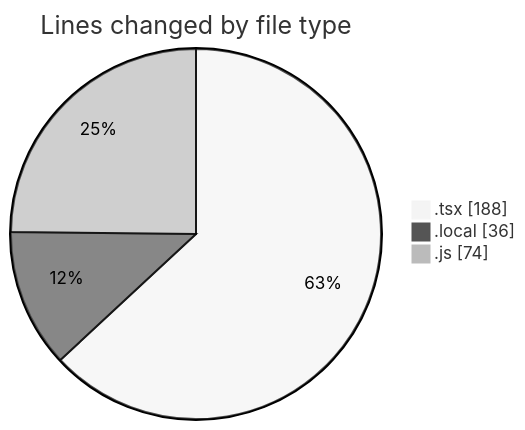
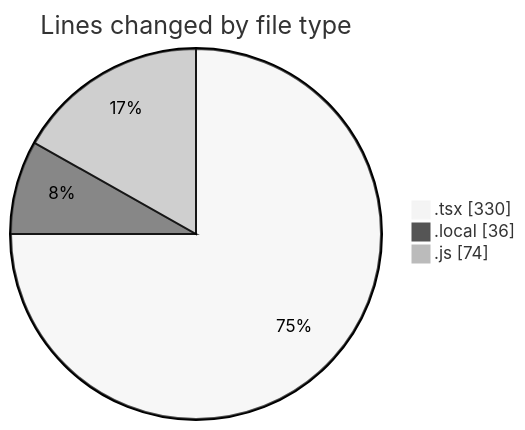
The first of 2 diagrams in 2026-02-16/chatbot-ui-main/README.md (becaeroporto-bot/code-tracking), drawn with Mermaid (neutral theme) before and after one commit. The commit also changed other lines of this file and 1 other file, not shown here.

````diff
--- a/2026-02-16/chatbot-ui-main/README.md
+++ b/2026-02-16/chatbot-ui-main/README.md
@@ -22,7 +22,7 @@
 ```mermaid
 pie showData
 title Lines changed by file type
-".tsx" : 188
+".tsx" : 330
 ".local" : 36
 ".js" : 74
 ```
````
